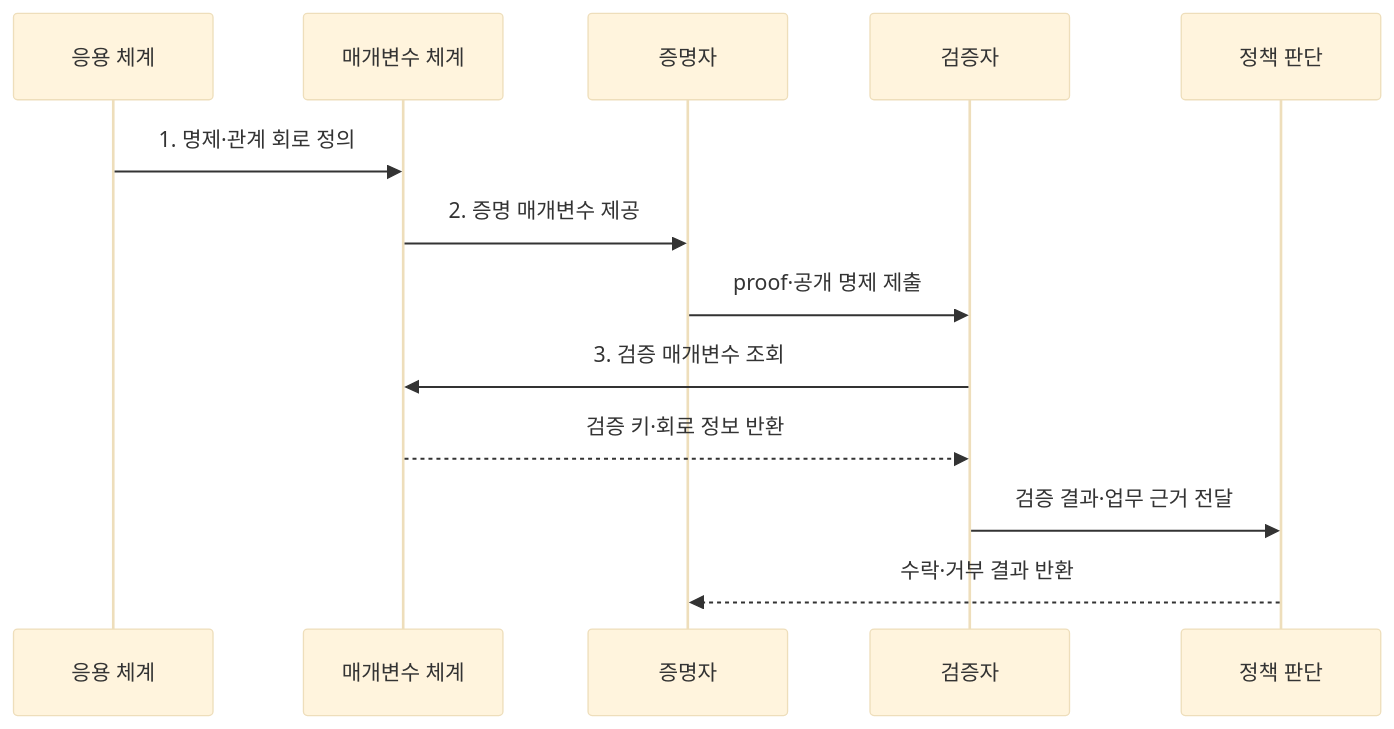
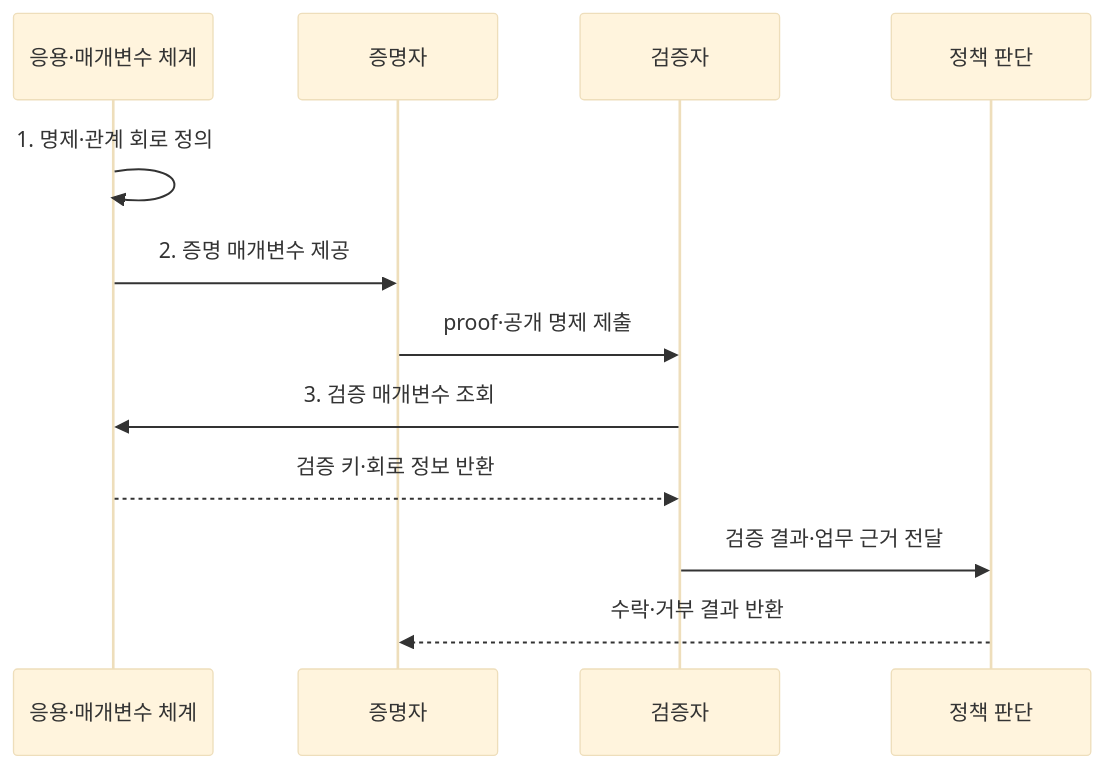
The second of 2 diagrams in src/content/docs/notes/08-latest-tech/222_zero_knowledge_proof.md (agnusdei1207/knowledge-base), drawn with Mermaid (base theme) before and after one commit. The commit also changed 6 other files, not shown here.

Commit message:
Focus sustainability and emerging technology flows

````diff
--- a/src/content/docs/notes/08-latest-tech/222_zero_knowledge_proof.md
+++ b/src/content/docs/notes/08-latest-tech/222_zero_knowledge_proof.md
@@ -95,15 +95,14 @@
 ```mermaid
 sequenceDiagram
-  participant A as 응용 체계
-  participant P as 매개변수 체계
+    participant P as 응용·매개변수 체계
   participant R as 증명자
   participant V as 검증자
   participant D as 정책 판단
-  A->>P: 1. 명제·관계 회로 정의
+    P->>P: 1. 명제·관계 회로 정의
   P->>R: 2. 증명 매개변수 제공
   R->>V: proof·공개 명제 제출
   V->>P: 3. 검증 매개변수 조회
   P-->>V: 검증 키·회로 정보 반환
   V->>D: 검증 결과·업무 근거 전달
   D-->>R: 수락·거부 결과 반환
 ```
````
